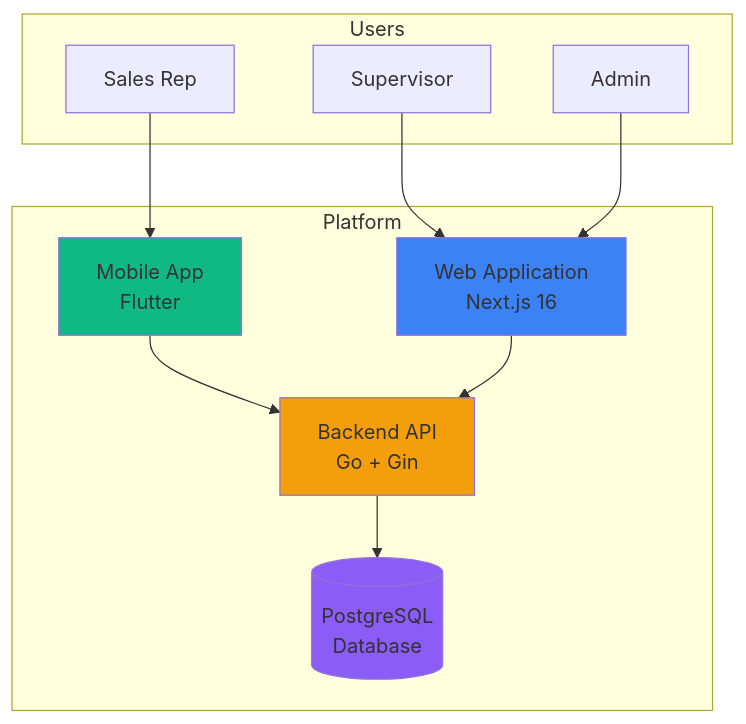
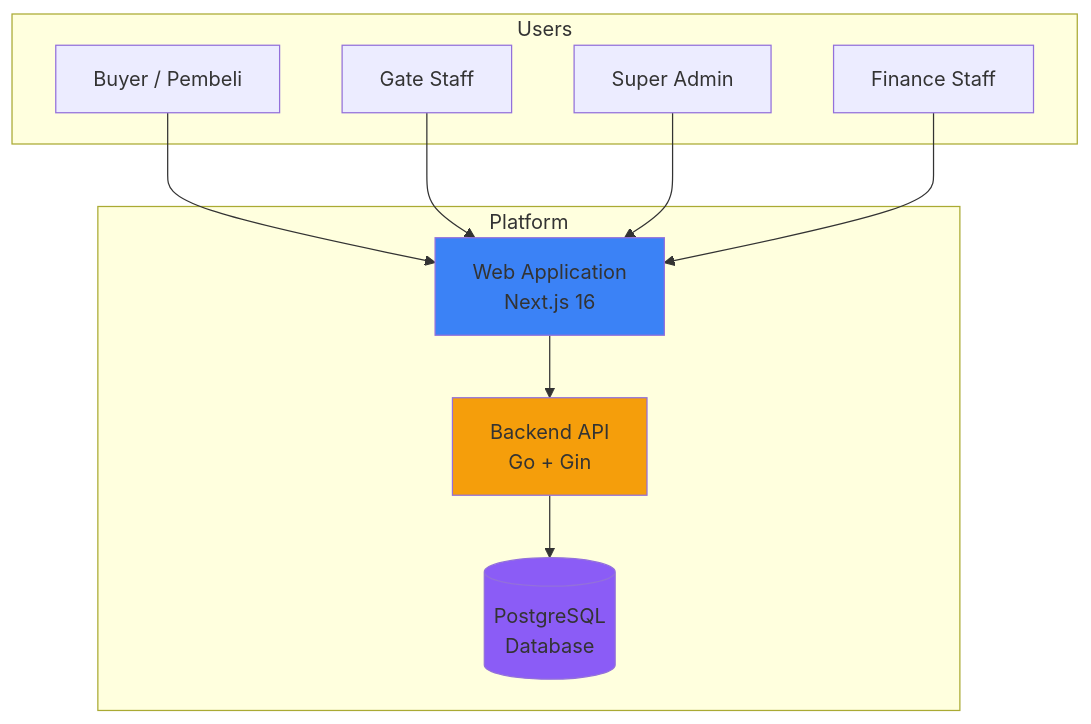
Before and after one commit to Gilabs-Studio/webapp-ticket-konser: the first of 13 diagrams in docs/PROJECT_DIAGRAMS.md, drawn with Mermaid. The commit also changed other lines of this file and 8 other files, not shown here.

````diff
--- a/docs/PROJECT_DIAGRAMS.md
+++ b/docs/PROJECT_DIAGRAMS.md
@@ -24,28 +24,27 @@
 ```mermaid
 graph TB
     subgraph "Platform"
         WEB[Web Application<br/>Next.js 16]
-        MOBILE[Mobile App<br/>Flutter]
         BACKEND[Backend API<br/>Go + Gin]
         DB[(PostgreSQL<br/>Database)]
     end
     
     subgraph "Users"
-        SALES[Sales Rep]
-        SUPERVISOR[Supervisor]
-        ADMIN[Admin]
+        BUYER[Buyer / Pembeli]
+        GATE_STAFF[Gate Staff]
+        ADMIN[Super Admin]
+        FINANCE[Finance Staff]
     end
     
-    SALES --> MOBILE
-    SUPERVISOR --> WEB
+    BUYER --> WEB
+    GATE_STAFF --> WEB
     ADMIN --> WEB
+    FINANCE --> WEB
     
-    MOBILE --> BACKEND
     WEB --> BACKEND
     BACKEND --> DB
     
     style WEB fill:#3b82f6
-    style MOBILE fill:#10b981
     style BACKEND fill:#f59e0b
     style DB fill:#8b5cf6
 ```
````
